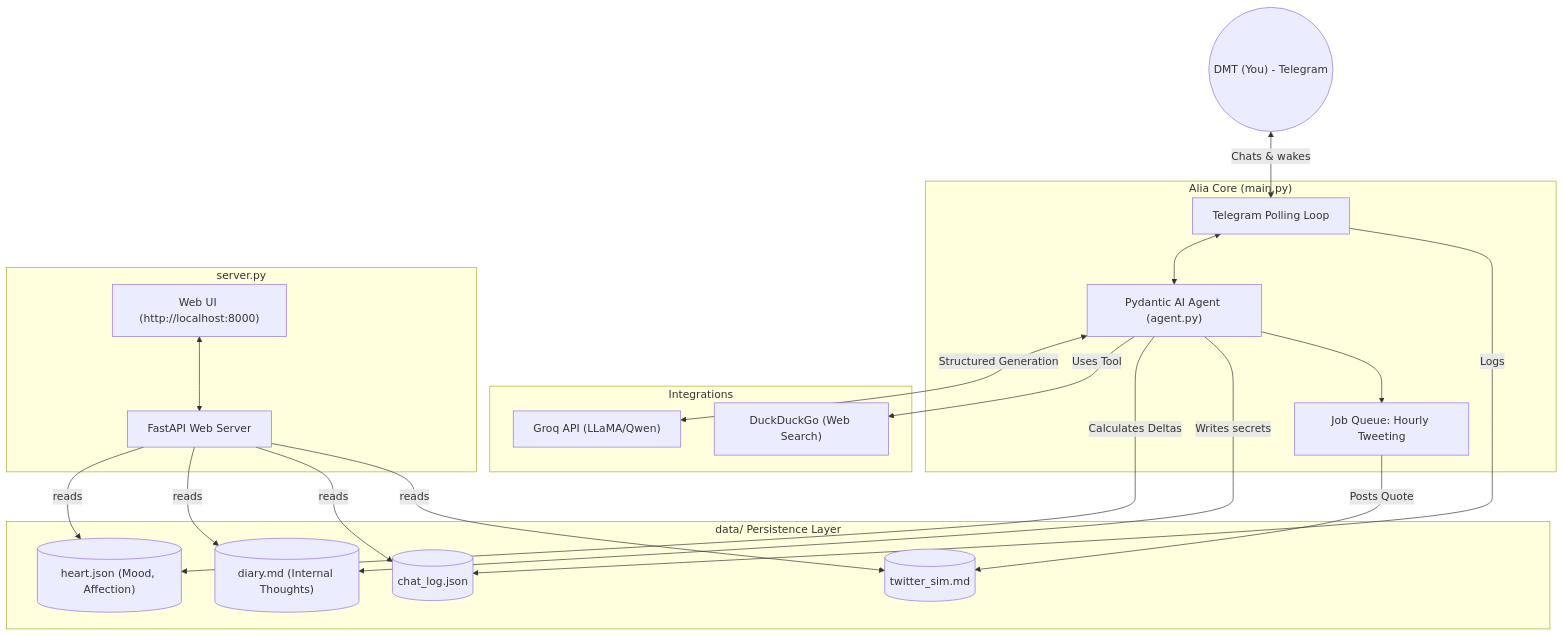
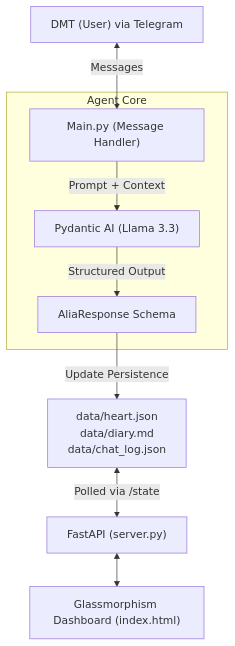
The diagram in README.md (d-hackmt/pydantic-ai-crash-course), drawn with Mermaid before and after one commit. The commit also changed other lines of this file and 19 other files, not shown here.

````diff
--- a/README.md
+++ b/README.md
@@ -13,47 +7,14 @@
 ```mermaid
 flowchart TD
-    %% Define Nodes
-    User(("DMT (You) - Telegram"))
+    User["DMT (User) via Telegram"] <-->|Messages| Bot["Main.py (Message Handler)"]
     
-    subgraph CoreSystem ["Alia Core (main.py)"]
-        TelegramBot["Telegram Polling Loop"]
-        Agent["Pydantic AI Agent (agent.py)"]
-        HourlyRitual["Job Queue: Hourly Tweeting"]
+    subgraph Agent Core
+    Bot -->|Prompt + Context| Llama["Pydantic AI (Llama 3.3)"]
+    Llama -->|Structured Output| Response["AliaResponse Schema"]
     end
     
-    subgraph MemoryPipeline ["data/ Persistence Layer"]
-        Heart[("heart.json (Mood, Affection)")]
-        Diary[("diary.md (Internal Thoughts)")]
-        ChatLog[("chat_log.json")]
-        TwitterSim[("twitter_sim.md")]
-    end
+    Response -->|Update Persistence| DB["data/heart.json\ndata/diary.md\ndata/chat_log.json"]
     
-    subgraph ExternalAPIs ["Integrations"]
-        Groq["Groq API (LLaMA/Qwen)"]
-        DuckDuckGo["DuckDuckGo (Web Search)"]
-    end
-
-    subgraph NeuralDashboard ["server.py"]
-        FastAPI["FastAPI Web Server"]
-        UI["Web UI (http://localhost:8000)"]
-    end
-
-    %% Define Connections
-    User <-->|Chats & wakes| TelegramBot
-    TelegramBot <--> Agent
-    Agent <-->|Structured Generation| Groq
-    Agent -->|Uses Tool| DuckDuckGo
-    
-    Agent -->|Calculates Deltas| Heart
-    Agent -->|Writes secrets| Diary
-    TelegramBot -->|Logs| ChatLog
-    HourlyRitual -->|Posts Quote| TwitterSim
-    Agent --> HourlyRitual
-    
-    %% Dashboard pulls from memory
-    FastAPI -- reads --> Heart
-    FastAPI -- reads --> Diary
-    FastAPI -- reads --> ChatLog
-    FastAPI -- reads --> TwitterSim
-    UI <--> FastAPI
+    DB <-->|Polled via /state| Server["FastAPI (server.py)"]
+    Server <--> UI["Glassmorphism Dashboard (index.html)"]
 ```
````
